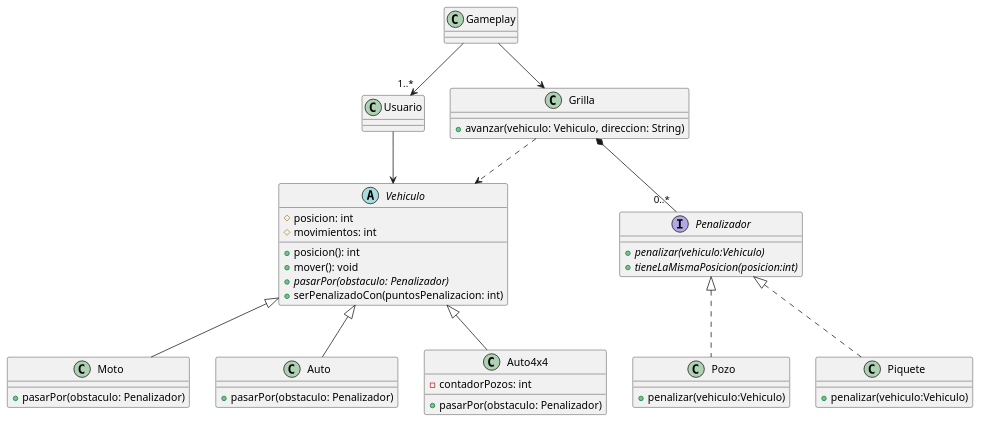
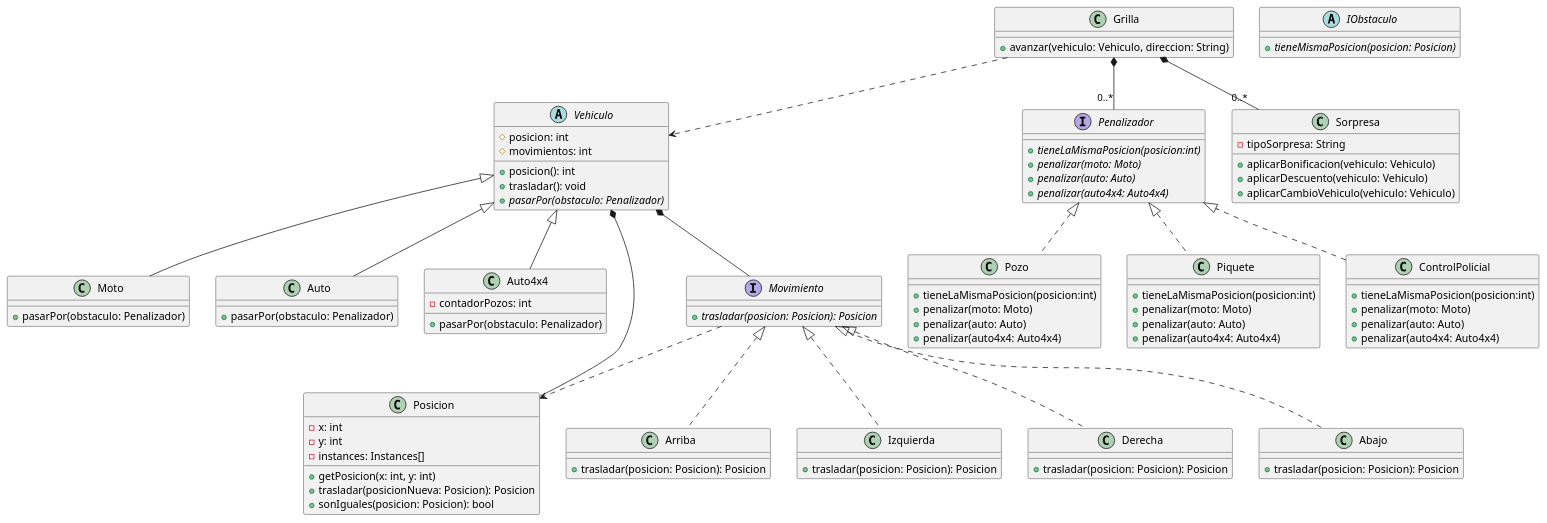
One commit to Dolo-pavon01/gpsChallenge changed the diagram in diagrams/classes/entrega 1/dc.plantuml. Above: the diagram before and after it, drawn with PlantUML.

Commit message:
chore: se agrego diagrama

```diff
--- a/diagrams/classes/entrega 1/dc.plantuml
+++ b/diagrams/classes/entrega 1/dc.plantuml
@@ -1,59 +1,118 @@
 @startuml
-
-class Gameplay {}
 
 class Grilla {
     + avanzar(vehiculo: Vehiculo, direccion: String)
 }
 
-class Usuario {}
-
 abstract class Vehiculo {
     # posicion: int
     # movimientos: int
     + posicion(): int
-    + mover(): void
+    + trasladar(): void
     + {abstract} pasarPor(obstaculo: Penalizador)
-    + serPenalizadoCon(puntosPenalizacion: int)
 }
 
 class Moto {
     + pasarPor(obstaculo: Penalizador)
 }
 
 class Auto {
     + pasarPor(obstaculo: Penalizador)
 }
 
 class Auto4x4 {
     - contadorPozos: int
     + pasarPor(obstaculo: Penalizador)
 }
 
+class Posicion {
+    - x: int
+    - y: int
+    - instances: Instances[]
+    + getPosicion(x: int, y: int)
+    + trasladar(posicionNueva: Posicion): Posicion
+    + sonIguales(posicion: Posicion): bool
+}
+
+interface Movimiento {
+    + {abstract} trasladar(posicion: Posicion): Posicion
+}
+
+class Arriba {
+    + trasladar(posicion: Posicion): Posicion
+}
+
+class Izquierda {
+    + trasladar(posicion: Posicion): Posicion
+}
+
+class Derecha {
+    + trasladar(posicion: Posicion): Posicion
+}
+
+class Abajo {
+    + trasladar(posicion: Posicion): Posicion
+}
+
+abstract class IObstaculo {
+    + {abstract} tieneMismaPosicion(posicion: Posicion)
+}
+
 interface Penalizador {
-    + {abstract} penalizar(vehiculo:Vehiculo)
     + {abstract} tieneLaMismaPosicion(posicion:int)
+    + {abstract} penalizar(moto: Moto)
+    + {abstract} penalizar(auto: Auto)
+    + {abstract} penalizar(auto4x4: Auto4x4)
 }
 
 class Pozo {
-    + penalizar(vehiculo:Vehiculo)
+    + tieneLaMismaPosicion(posicion:int)
+    + penalizar(moto: Moto)
+    + penalizar(auto: Auto)
+    + penalizar(auto4x4: Auto4x4)
 }
 
 class Piquete {
-    + penalizar(vehiculo:Vehiculo)
+    + tieneLaMismaPosicion(posicion:int)
+    + penalizar(moto: Moto)
+    + penalizar(auto: Auto)
+    + penalizar(auto4x4: Auto4x4)
 }
 
-Gameplay --> Grilla
-Usuario --> Vehiculo
+class ControlPolicial {
+    + tieneLaMismaPosicion(posicion:int)
+    + penalizar(moto: Moto)
+    + penalizar(auto: Auto)
+    + penalizar(auto4x4: Auto4x4)
+}
 
-Gameplay --> "1..*" Usuario
+class Sorpresa {
+    - tipoSorpresa: String
+    + aplicarBonificacion(vehiculo: Vehiculo)
+    + aplicarDescuento(vehiculo: Vehiculo)
+    + aplicarCambioVehiculo(vehiculo: Vehiculo)
+}
+
 Grilla ..> Vehiculo
 Grilla *-- "0..*" Penalizador
+Grilla *-- "0..*" Sorpresa
+
 Vehiculo <|-- Moto
 Vehiculo <|-- Auto
 Vehiculo <|-- Auto4x4
 
+Vehiculo *-- Posicion
+Vehiculo *-- Movimiento
+
 Penalizador <|.. Pozo
 Penalizador <|.. Piquete
+Penalizador <|.. ControlPolicial
+
+Movimiento <|.. Arriba
+Movimiento <|.. Abajo
+Movimiento <|.. Izquierda
+Movimiento <|.. Derecha
+
+Movimiento ..> Posicion
 
 @enduml
```
